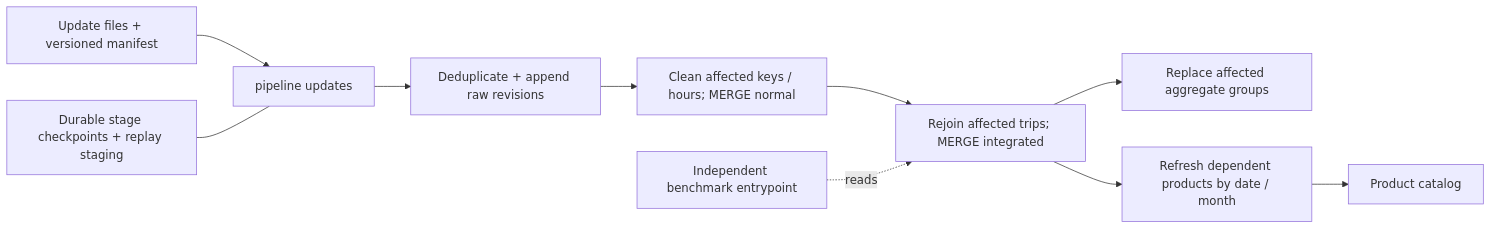
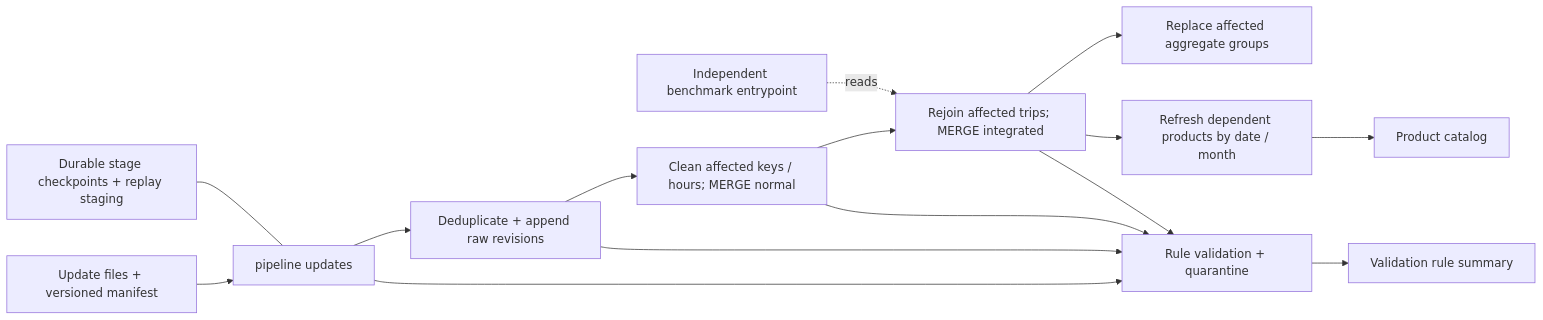
The first of 3 diagrams in docs/architecture.md (zhoubin0216/lakehouse), drawn with Mermaid before and after one commit. The commit also changed other lines of this file and 17 other files, not shown here.

````diff
--- a/docs/architecture.md
+++ b/docs/architecture.md
@@ -5,12 +5,17 @@
 ```mermaid
 flowchart LR
     Files["Update files + versioned manifest"] --> Updates["pipeline updates"]
     Updates --> RawMerge["Deduplicate + append raw revisions"]
     RawMerge --> NormalMerge["Clean affected keys / hours; MERGE normal"]
     NormalMerge --> IntegratedMerge["Rejoin affected trips; MERGE integrated"]
     IntegratedMerge --> Aggregates["Replace affected aggregate groups"]
     IntegratedMerge --> Products["Refresh dependent products by date / month"]
     State["Durable stage checkpoints + replay staging"] --- Updates
     Products --> Catalog["Product catalog"]
     Benchmark["Independent benchmark entrypoint"] -. reads .-> IntegratedMerge
+    Updates --> Validation["Rule validation + quarantine"]
+    RawMerge --> Validation
+    NormalMerge --> Validation
+    IntegratedMerge --> Validation
+    Validation --> Summary["Validation rule summary"]
 ```
````
